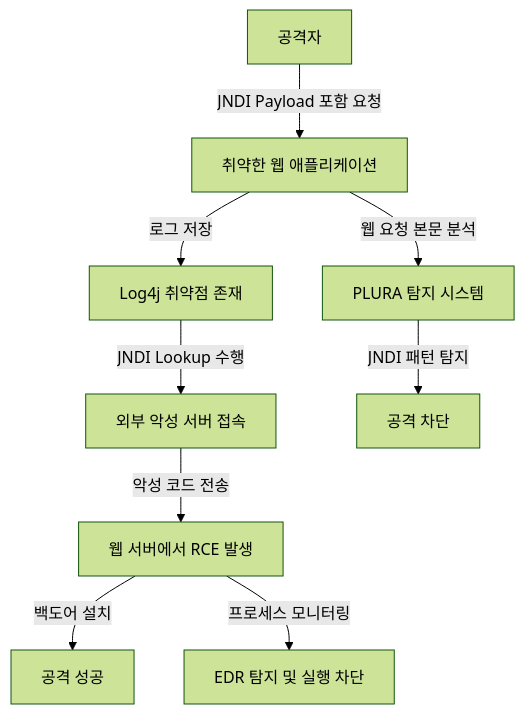
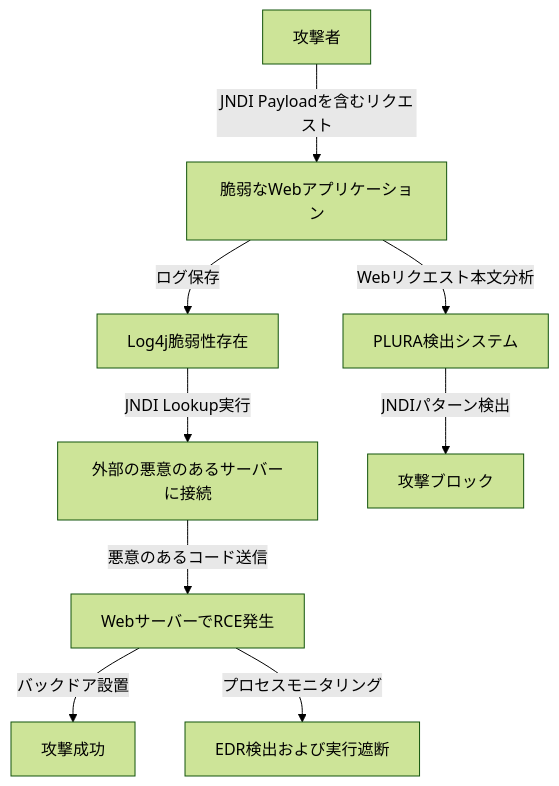
The diagram in benefits/ja/zero-day/scenario-log4j.md (qubitsec/plura), drawn with Mermaid (forest theme) before and after one commit. The commit also changed other lines of this file, not shown here.

````diff
--- a/benefits/ja/zero-day/scenario-log4j.md
+++ b/benefits/ja/zero-day/scenario-log4j.md
@@ -46,13 +46,13 @@
 ```mermaid
 graph TD
-    A[공격자] -->|JNDI Payload 포함 요청| B[취약한 웹 애플리케이션]
-    B -->|로그 저장| C[Log4j 취약점 존재]
-    C -->|JNDI Lookup 수행| D[외부 악성 서버 접속]
-    D -->|악성 코드 전송| E[웹 서버에서 RCE 발생]
-    E -->|백도어 설치| F[공격 성공]
+    A[攻撃者] -->|JNDI Payloadを含むリクエスト| B[脆弱なWebアプリケーション]
+    B -->|ログ保存| C[Log4j脆弱性存在]
+    C -->|JNDI Lookup実行| D[外部の悪意のあるサーバーに接続]
+    D -->|悪意のあるコード送信| E[WebサーバーでRCE発生]
+    E -->|バックドア設置| F[攻撃成功]
 
-    %% PLURA 탐지 및 대응
-    B -->|웹 요청 본문 분석| X[PLURA 탐지 시스템]
-    X -->|JNDI 패턴 탐지| Y[공격 차단]
-    E -->|프로세스 모니터링| Z[EDR 탐지 및 실행 차단]
+    %% PLURAの検出と対応
+    B -->|Webリクエスト本文分析| X[PLURA検出システム]
+    X -->|JNDIパターン検出| Y[攻撃ブロック]
+    E -->|プロセスモニタリング| Z[EDR検出および実行遮断]
 ```
````
